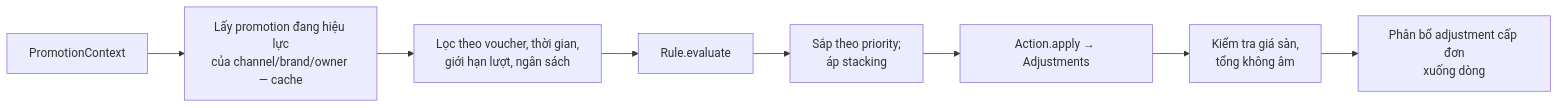
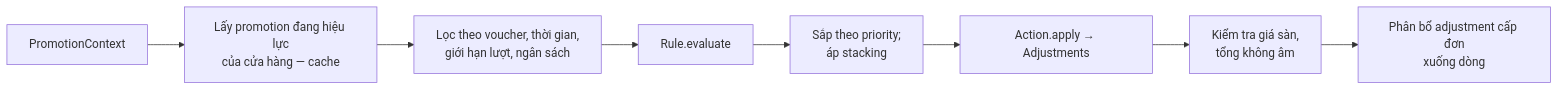
One commit to ptdat97/vanishop changed the diagram in docs/03-domains/promotion.md. Above: the diagram before and after it, drawn with Mermaid. The commit also changed other lines of this file and 52 other files, not shown here.

First line of the commit message:
docs: chuyển định hướng sang một cửa hàng, brand là thuộc tính catalog (ADR-028)

````diff
--- a/docs/03-domains/promotion.md
+++ b/docs/03-domains/promotion.md
@@ -74,10 +73,10 @@
 ```mermaid
 flowchart LR
-    A[PromotionContext] --> B[Lấy promotion đang hiệu lực<br/>của channel/brand/owner — cache]
+    A[PromotionContext] --> B[Lấy promotion đang hiệu lực<br/>của cửa hàng — cache]
     B --> C[Lọc theo voucher, thời gian,<br/>giới hạn lượt, ngân sách]
     C --> D[Rule.evaluate]
     D --> E[Sắp theo priority;<br/>áp stacking]
     E --> F[Action.apply → Adjustments]
     F --> G[Kiểm tra giá sàn,<br/>tổng không âm]
     G --> H[Phân bổ adjustment cấp đơn<br/>xuống dòng]
 ```
````
